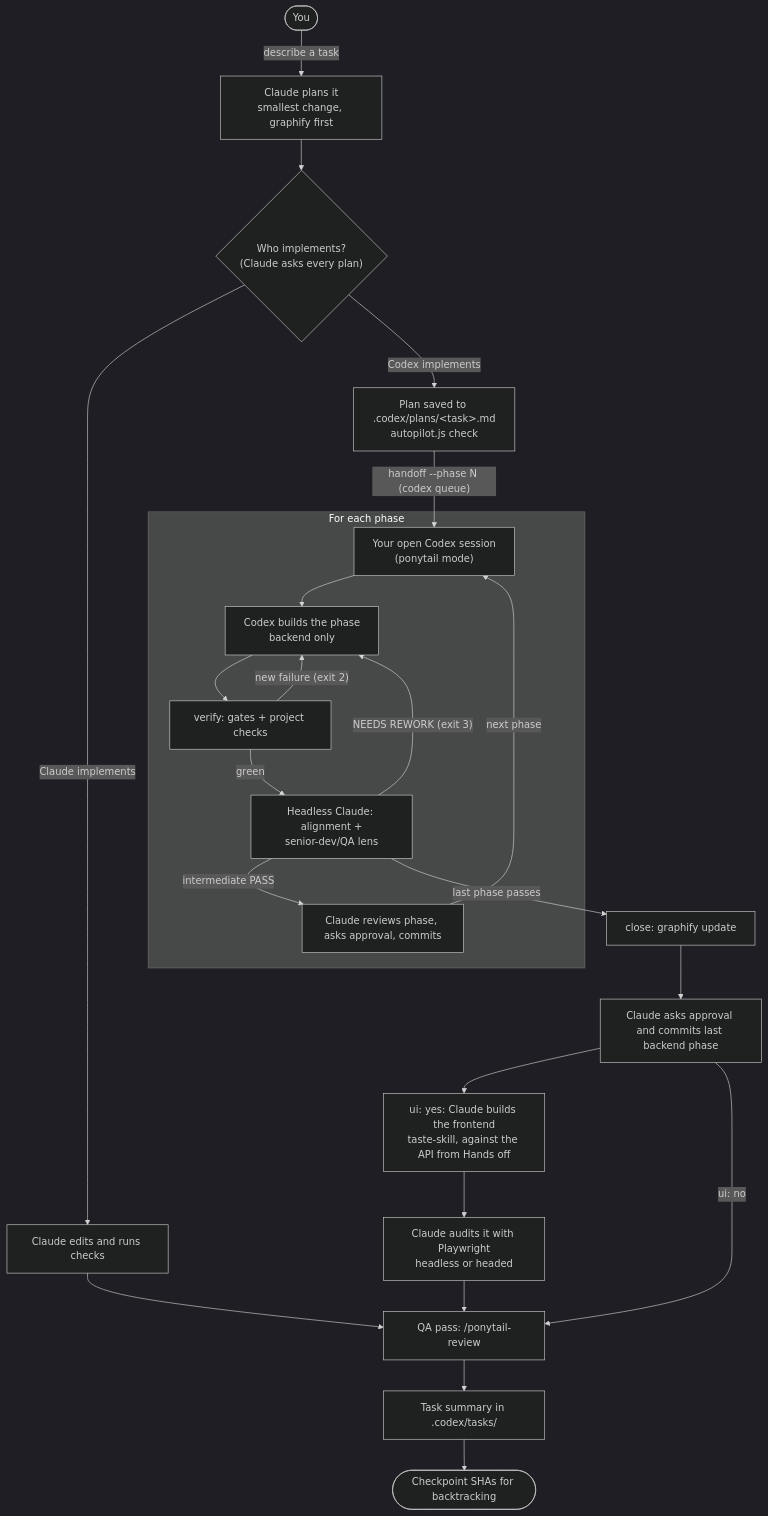
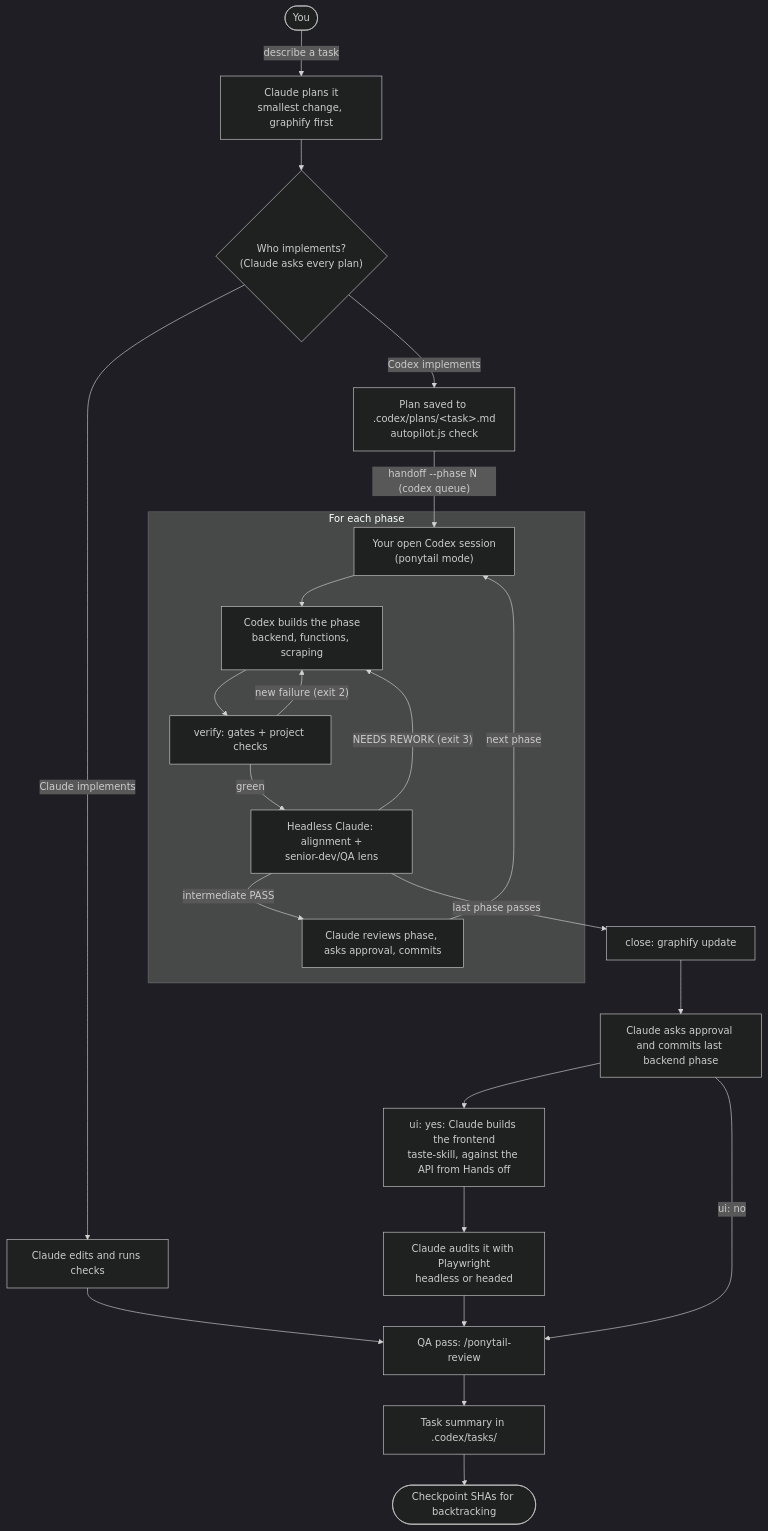
Before and after one commit to Jonrei1/dual-agent-workflow: the first of 3 diagrams in README.md, drawn with Mermaid (dark theme). The commit also changed other lines of this file and 11 other files, not shown here.

````diff
--- a/README.md
+++ b/README.md
@@ -29,28 +29,28 @@
 ```mermaid
 flowchart TD
     you([You]) -->|describe a task| plan["Claude plans it<br/>smallest change, graphify first"]
     plan --> ask{"Who implements?<br/>(Claude asks every plan)"}
     ask -->|Claude implements| direct["Claude edits and runs checks"]
     ask -->|Codex implements| save["Plan saved to .codex/plans/&lt;task&gt;.md<br/>autopilot.js check"]
     save -->|"handoff --phase N (codex queue)"| codex["Your open Codex session<br/>(ponytail mode)"]
 
     subgraph loop ["For each phase"]
-        codex --> build["Codex builds the phase<br/>backend only"]
+        codex --> build["Codex builds the phase<br/>backend, functions, scraping"]
         build --> verify["verify: gates + project checks"]
         verify -->|"new failure (exit 2)"| build
         verify -->|green| align["Headless Claude: alignment +<br/>senior-dev/QA lens"]
         align -->|"NEEDS REWORK (exit 3)"| build
         align -->|intermediate PASS| checkpoint["Claude reviews phase, asks approval, commits"]
         checkpoint -->|next phase| codex
     end
 
     align -->|last phase passes| close["close: graphify update"]
     close --> review["Claude asks approval and commits last backend phase"]
     review --> front["ui: yes: Claude builds the frontend<br/>taste-skill, against the API from Hands off"]
     front --> audit["Claude audits it with Playwright<br/>headless or headed"]
     audit --> qa
     direct --> qa["QA pass: /ponytail-review"]
     review -->|"ui: no"| qa
     qa --> summary["Task summary in .codex/tasks/"]
     summary --> commit([Checkpoint SHAs for backtracking])
 ```
````
